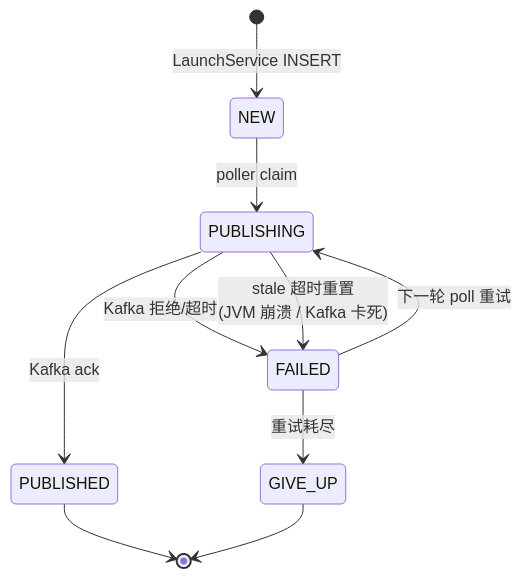
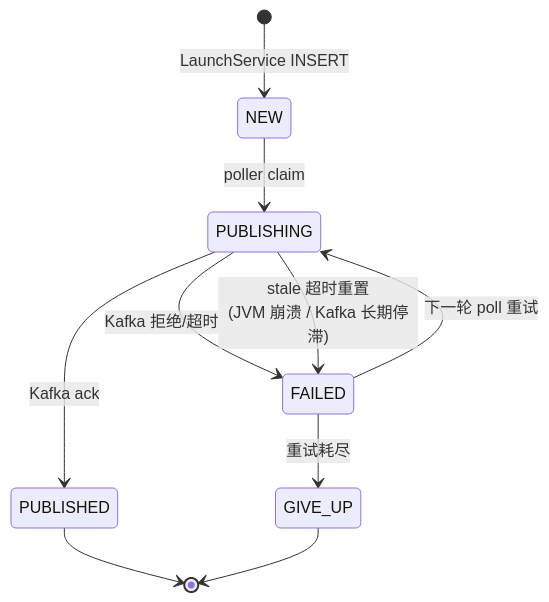
Diagram 19 of 20 in docs/architecture/system-flow-overview.md (pinpols/file-batch-system), drawn with Mermaid before and after one commit. The commit also changed other lines of this file and 386 other files, not shown here.

````diff
--- a/docs/architecture/system-flow-overview.md
+++ b/docs/architecture/system-flow-overview.md
@@ -1129,12 +1129,12 @@
 ```mermaid
 stateDiagram-v2
   [*] --> NEW: LaunchService INSERT
   NEW --> PUBLISHING: poller claim
   PUBLISHING --> PUBLISHED: Kafka ack
   PUBLISHING --> FAILED: Kafka 拒绝/超时
   FAILED --> PUBLISHING: 下一轮 poll 重试
   FAILED --> GIVE_UP: 重试耗尽
-  PUBLISHING --> FAILED: stale 超时重置<br/>(JVM 崩溃 / Kafka 卡死)
+  PUBLISHING --> FAILED: stale 超时重置<br/>(JVM 崩溃 / Kafka 长期停滞)
   PUBLISHED --> [*]
   GIVE_UP --> [*]
 ```
````
